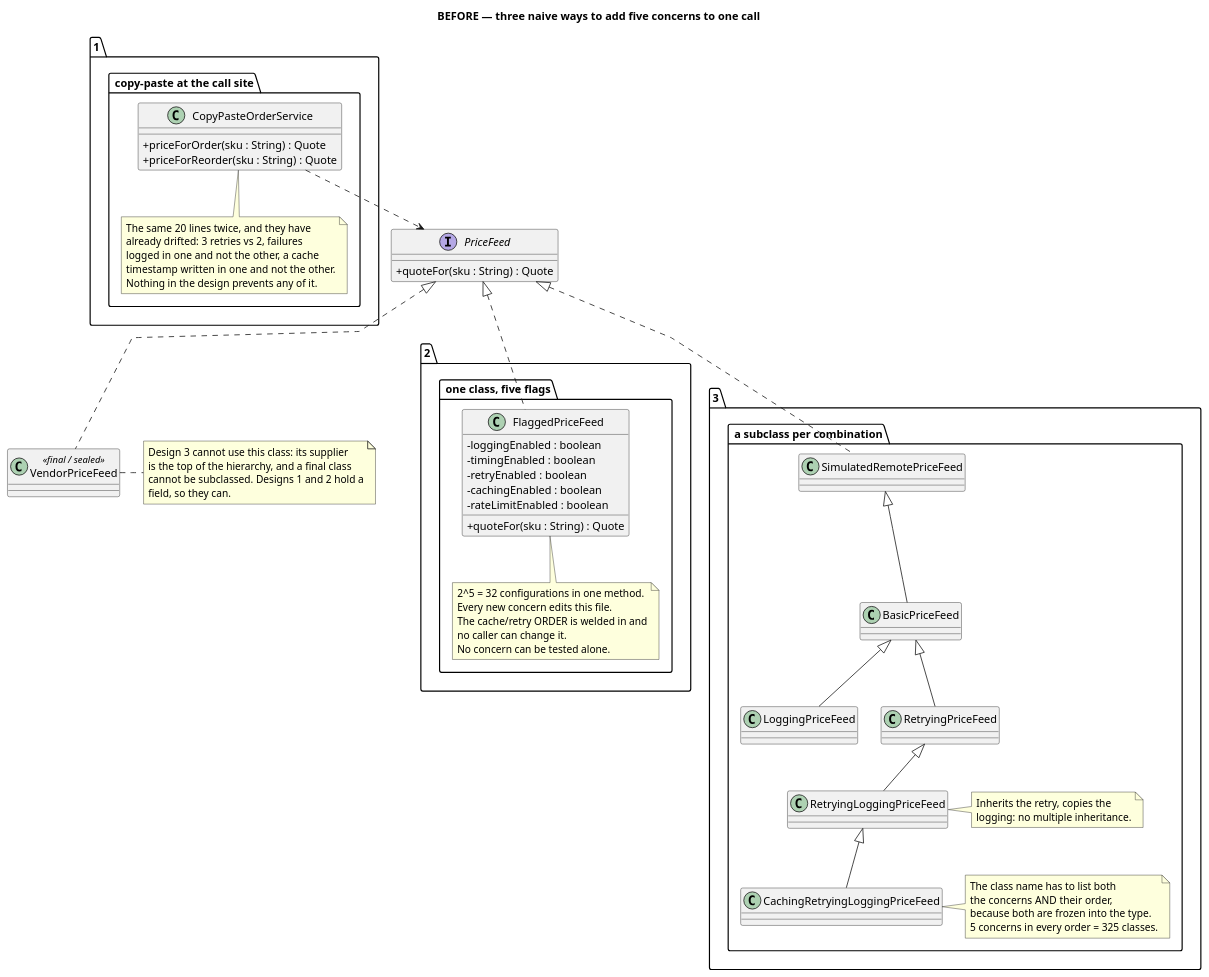
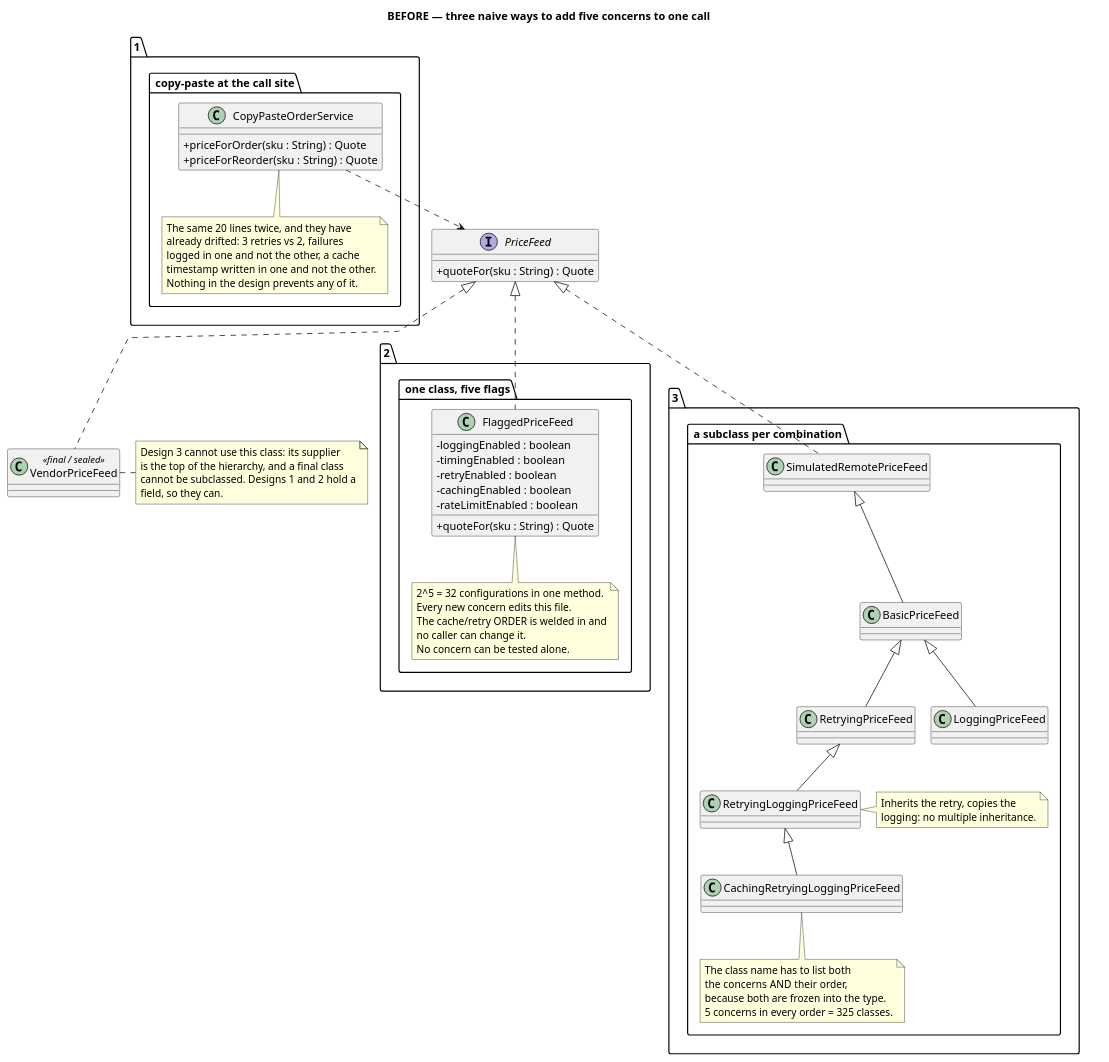
One commit to kaldiroglu/DesignPatternsWithJava changed the diagram in src/main/java/dev/kaldiroglu/dp/structural/decorator/middleware/problem/uml/decorator-middleware-problem.puml. Above: the diagram before and after it, drawn with PlantUML. The commit also changed 54 other files, not shown here.

Commit message:
Diagrams: the last is-a families follow the layout rule; redrawn PNGs have a white background

```diff
--- a/src/main/java/dev/kaldiroglu/dp/structural/decorator/middleware/problem/uml/decorator-middleware-problem.puml
+++ b/src/main/java/dev/kaldiroglu/dp/structural/decorator/middleware/problem/uml/decorator-middleware-problem.puml
@@ -1,93 +1,93 @@
 @startuml Decorator-Middleware-Problem
+skinparam nodesep 20
 skinparam linetype polyline
-skinparam nodesep 30
 skinparam class {
   BackgroundColor<<spacer>> transparent
   BorderColor<<spacer>> transparent
   FontColor<<spacer>> transparent
 }
 hide <<spacer>> stereotype
 hide <<spacer>> circle
 skinparam classAttributeIconSize 0
 title BEFORE — three naive ways to add five concerns to one call
 
 interface PriceFeed {
   + quoteFor(sku : String) : Quote
 }
 
 package "1. copy-paste at the call site" {
   class CopyPasteOrderService {
     + priceForOrder(sku : String) : Quote
     + priceForReorder(sku : String) : Quote
   }
   note bottom of CopyPasteOrderService
     The same 20 lines twice, and they have
     already drifted: 3 retries vs 2, failures
     logged in one and not the other, a cache
     timestamp written in one and not the other.
     Nothing in the design prevents any of it.
   end note
 }
 
 package "2. one class, five flags" {
   class FlaggedPriceFeed {
     - loggingEnabled : boolean
     - timingEnabled : boolean
     - retryEnabled : boolean
     - cachingEnabled : boolean
     - rateLimitEnabled : boolean
     + quoteFor(sku : String) : Quote
   }
   note bottom of FlaggedPriceFeed
     2^5 = 32 configurations in one method.
     Every new concern edits this file.
     The cache/retry ORDER is welded in and
     no caller can change it.
     No concern can be tested alone.
   end note
 }
 
 package "3. a subclass per combination" {
   class SimulatedRemotePriceFeed
   class BasicPriceFeed
   class LoggingPriceFeed
   class RetryingPriceFeed
   class RetryingLoggingPriceFeed
   class CachingRetryingLoggingPriceFeed
 
   SimulatedRemotePriceFeed <|-- BasicPriceFeed
   BasicPriceFeed <|-- LoggingPriceFeed
-class " " as Spacer1 <<spacer>>
-BasicPriceFeed -[hidden]- Spacer1
   BasicPriceFeed <|-- RetryingPriceFeed
   RetryingPriceFeed <|-- RetryingLoggingPriceFeed
   RetryingLoggingPriceFeed <|-- CachingRetryingLoggingPriceFeed
 
   note right of RetryingLoggingPriceFeed
     Inherits the retry, copies the
     logging: no multiple inheritance.
   end note
-  note right of CachingRetryingLoggingPriceFeed
+  note bottom of CachingRetryingLoggingPriceFeed
     The class name has to list both
     the concerns AND their order,
     because both are frozen into the type.
     5 concerns in every order = 325 classes.
   end note
 }
 
 PriceFeed <|.. FlaggedPriceFeed
 PriceFeed <|.. SimulatedRemotePriceFeed
-class " " as Spacer2 <<spacer>>
-PriceFeed -[hidden]- Spacer2
 
 class VendorPriceFeed <<final / sealed>>
 PriceFeed <|.. VendorPriceFeed
 note right of VendorPriceFeed
   Design 3 cannot use this class: its supplier
   is the top of the hierarchy, and a final class
   cannot be subclassed. Designs 1 and 2 hold a
   field, so they can.
 end note
 
 CopyPasteOrderService ..> PriceFeed
+class " " as Spacer1 <<spacer>>
+BasicPriceFeed -[hidden]- Spacer1
+RetryingPriceFeed -[hidden]right- Spacer1
+Spacer1 -[hidden]right- LoggingPriceFeed
 @enduml
```
